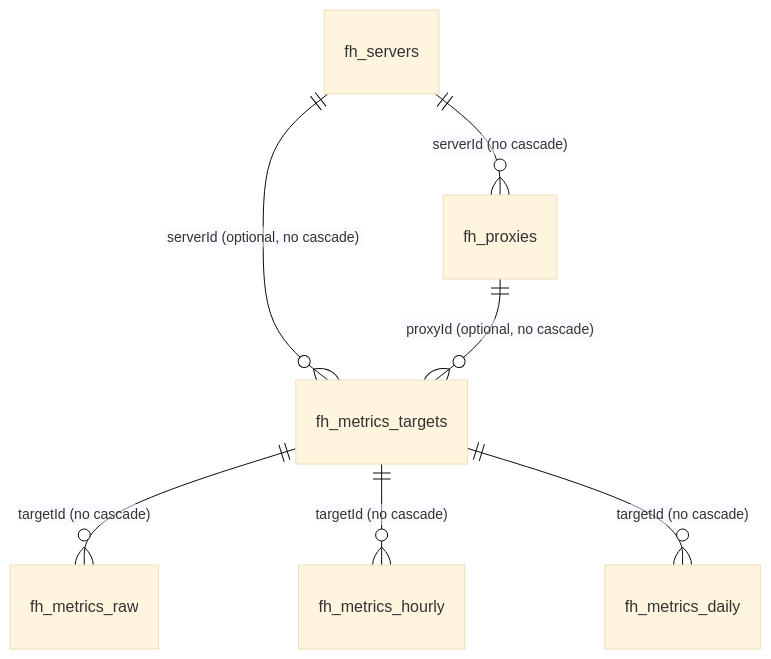
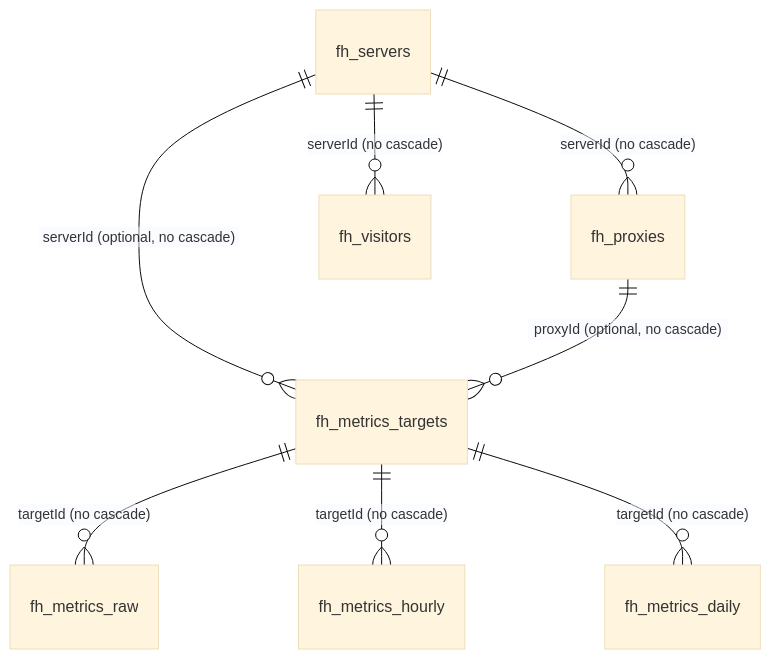
The diagram in development/database-design.md (Derrors/podux), drawn with Mermaid (base theme) before and after one commit. The commit also changed other lines of this file and 50 other files, not shown here.

````diff
--- a/development/database-design.md
+++ b/development/database-design.md
@@ -15,9 +15,10 @@
 ```mermaid
 erDiagram
   fh_servers ||--o{ fh_proxies : "serverId (no cascade)"
   fh_servers ||--o{ fh_metrics_targets : "serverId (optional, no cascade)"
   fh_proxies ||--o{ fh_metrics_targets : "proxyId (optional, no cascade)"
+  fh_servers ||--o{ fh_visitors : "serverId (no cascade)"
   fh_metrics_targets ||--o{ fh_metrics_raw : "targetId (no cascade)"
   fh_metrics_targets ||--o{ fh_metrics_hourly : "targetId (no cascade)"
   fh_metrics_targets ||--o{ fh_metrics_daily : "targetId (no cascade)"
 ```
````
